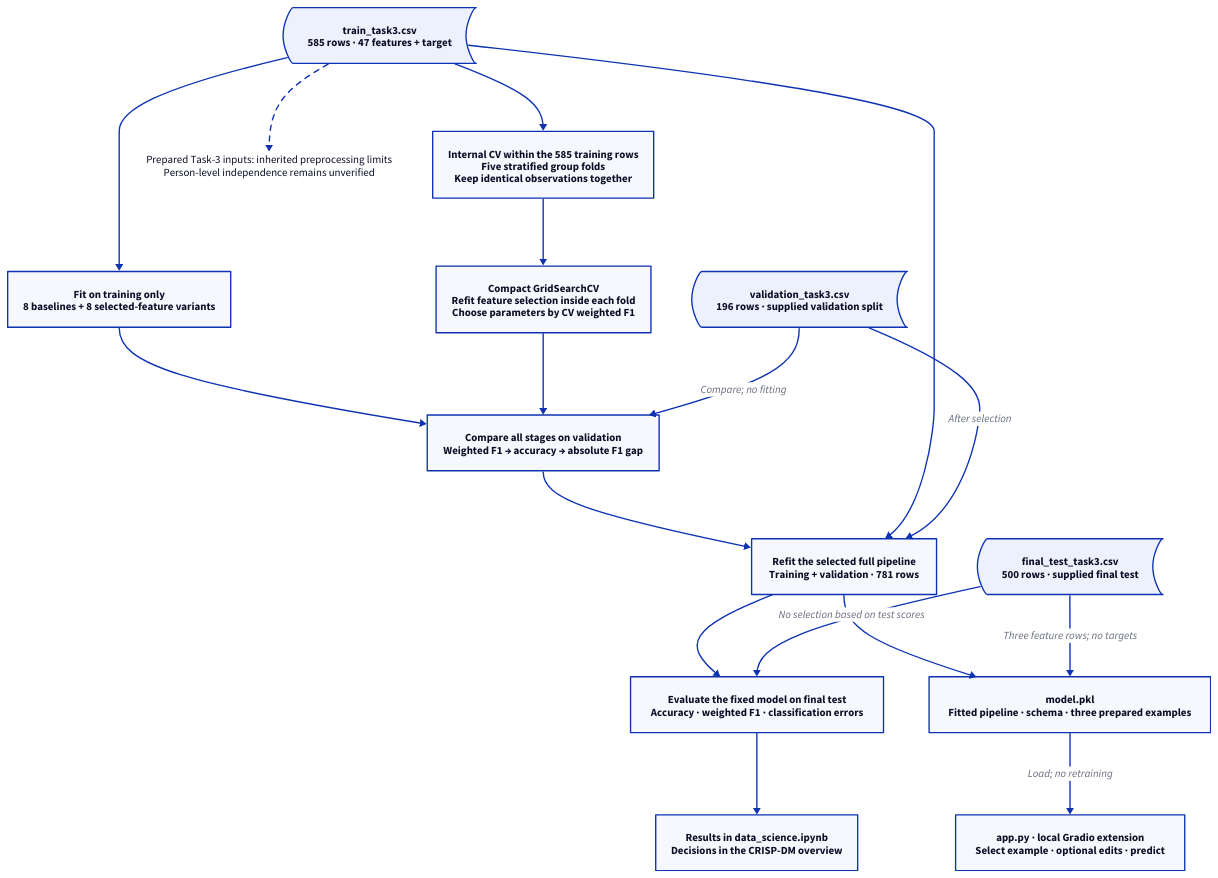
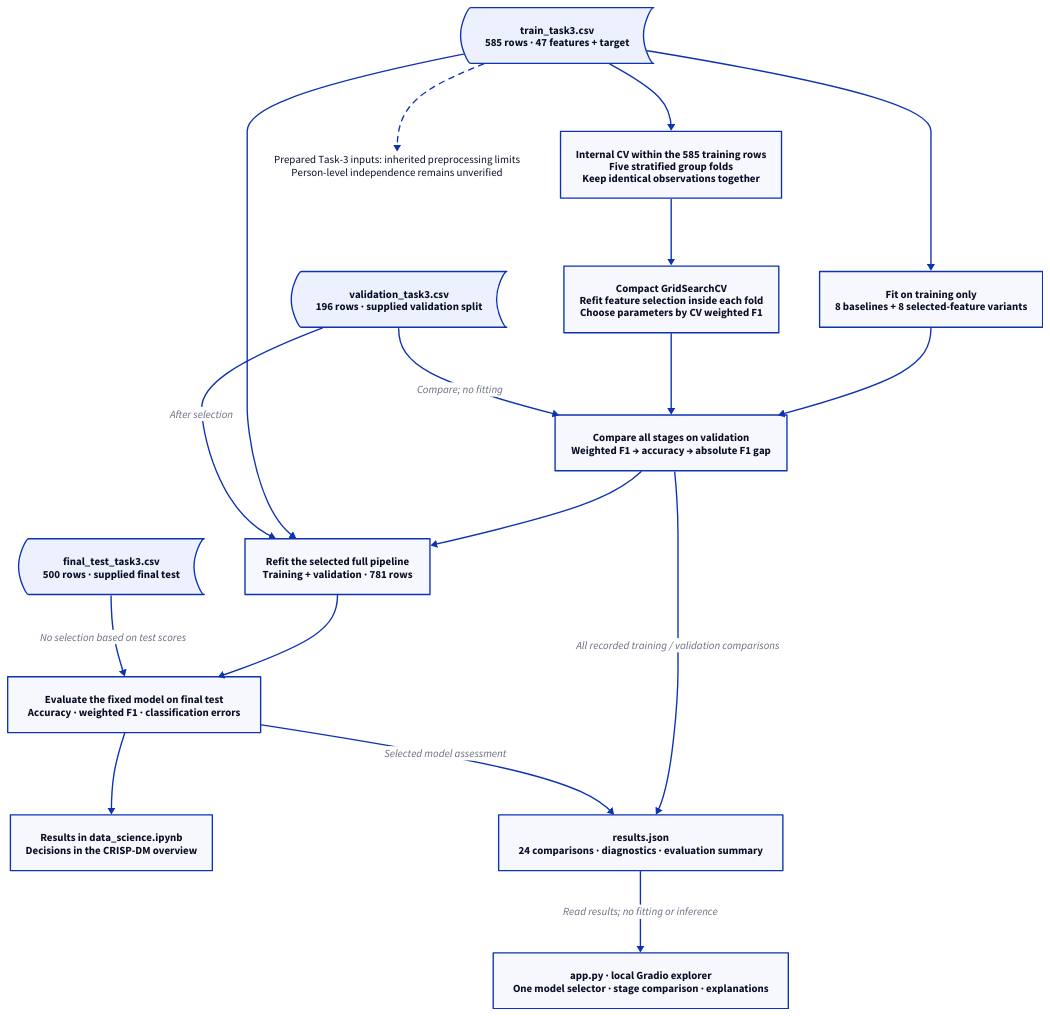
The diagram in docs/architecture.d2 (crnly/data-science-module-s4), drawn with D2 before and after one commit. The commit also changed 11 other files, not shown here.

Commit message:
Replace prediction demo with an interactive model comparison explorer

```diff
--- a/docs/architecture.d2
+++ b/docs/architecture.d2
@@ -1,30 +1,30 @@
 vars: {d2-config: {layout-engine: dagre; theme-id: 0}}
 direction: down
 train: "train_task3.csv\n585 rows · 47 features + target" {shape: stored_data}
 validation: "validation_task3.csv\n196 rows · supplied validation split" {shape: stored_data}
 test: "final_test_task3.csv\n500 rows · supplied final test" {shape: stored_data}
 experiments: "Fit on training only\n8 baselines + 8 selected-feature variants"
 folds: "Internal CV within the 585 training rows\nFive stratified group folds\nKeep identical observations together"
 tuning: "Compact GridSearchCV\nRefit feature selection inside each fold\nChoose parameters by CV weighted F1"
 choose: "Compare all stages on validation\nWeighted F1 → accuracy → absolute F1 gap"
 refit: "Refit the selected full pipeline\nTraining + validation · 781 rows"
 evaluation: "Evaluate the fixed model on final test\nAccuracy · weighted F1 · classification errors"
 results: "Results in data_science.ipynb\nDecisions in the CRISP-DM overview"
-artifact: "model.pkl\nFitted pipeline · schema · three prepared examples"
-app: "app.py · local Gradio extension\nSelect example · optional edits · predict"
+artifact: "results.json\n24 comparisons · diagnostics · evaluation summary"
+app: "app.py · local Gradio explorer\nOne model selector · stage comparison · explanations"
 train -> experiments
 train -> folds -> tuning
 experiments -> choose
 tuning -> choose
 validation -> choose: "Compare; no fitting"
 choose -> refit
 train -> refit
 validation -> refit: "After selection"
 refit -> evaluation
 test -> evaluation: "No selection based on test scores"
 evaluation -> results
-refit -> artifact
-test -> artifact: "Three feature rows; no targets"
-artifact -> app: "Load; no retraining"
+choose -> artifact: "All recorded training / validation comparisons"
+evaluation -> artifact: "Selected model assessment"
+artifact -> app: "Read results; no fitting or inference"
 note: "Prepared Task-3 inputs: inherited preprocessing limits\nPerson-level independence remains unverified" {shape: text}
 train -> note {style.stroke-dash: 4}
```
